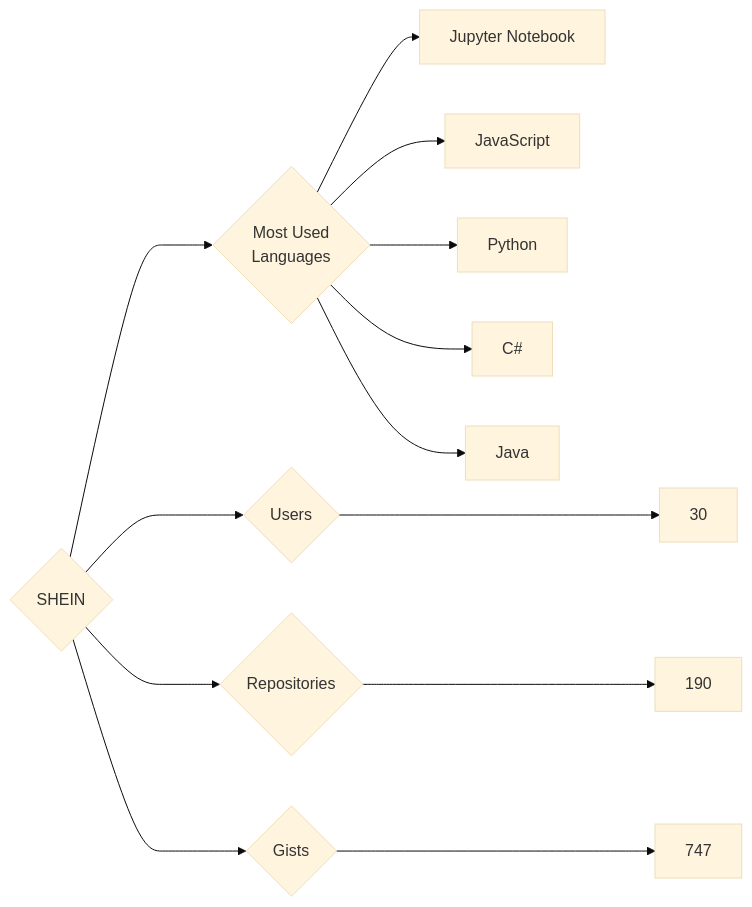
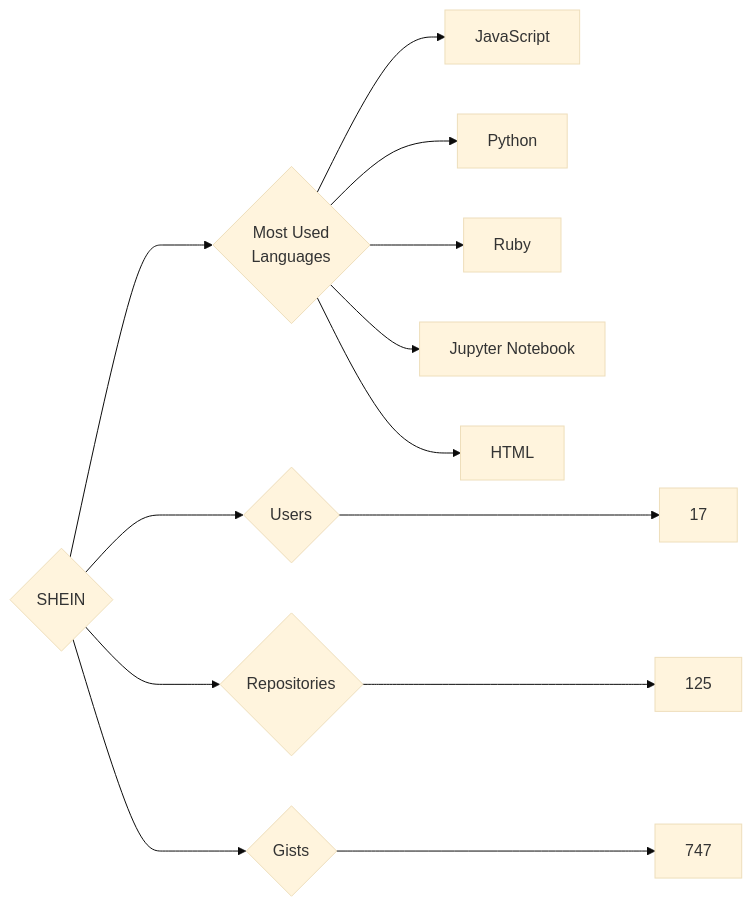
Before and after one commit to trickest/insiders: the diagram in targets/SHEIN/README.md, drawn with Mermaid (base theme). The commit also changed 681 other files, not shown here.

````diff
--- a/targets/SHEIN/README.md
+++ b/targets/SHEIN/README.md
@@ -3,13 +3,13 @@
 ```mermaid
 graph LR
 COMPANY_NAME{SHEIN}
-COMPANY_NAME ---> U{Users} ---> UN[30]
-COMPANY_NAME ---> R{Repositories} ---> RN[190]
+COMPANY_NAME ---> U{Users} ---> UN[17]
+COMPANY_NAME ---> R{Repositories} ---> RN[125]
 COMPANY_NAME ---> G{Gists} ---> GN[747]
 COMPANY_NAME ---> ML{Most Used<br>Languages}
-ML --> Jupyter_Notebook[Jupyter Notebook]
 ML --> JavaScript[JavaScript]
 ML --> Python[Python]
-ML --> C#[C#]
-ML --> Java[Java]
+ML --> Ruby[Ruby]
+ML --> Jupyter_Notebook[Jupyter Notebook]
+ML --> HTML[HTML]
 ```
````
